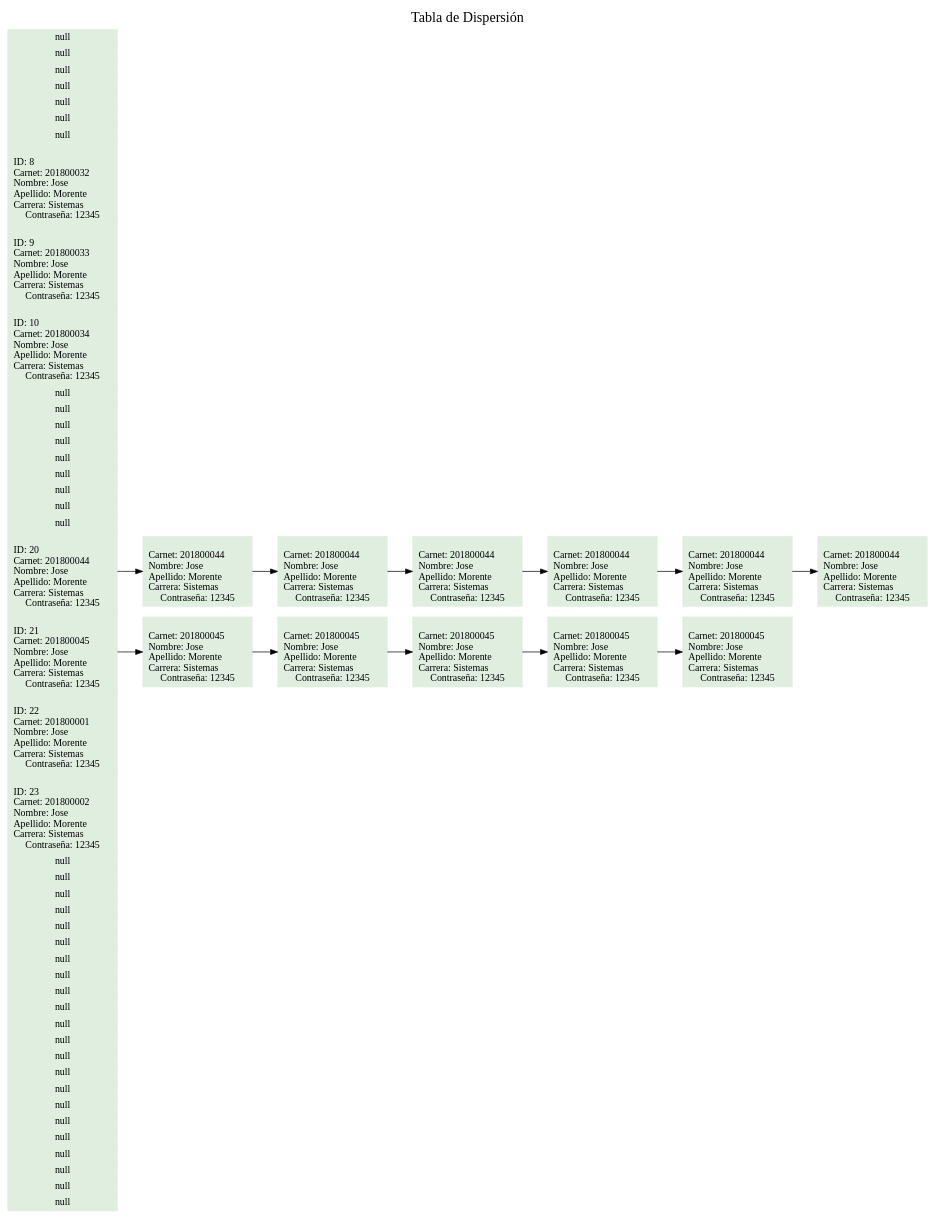
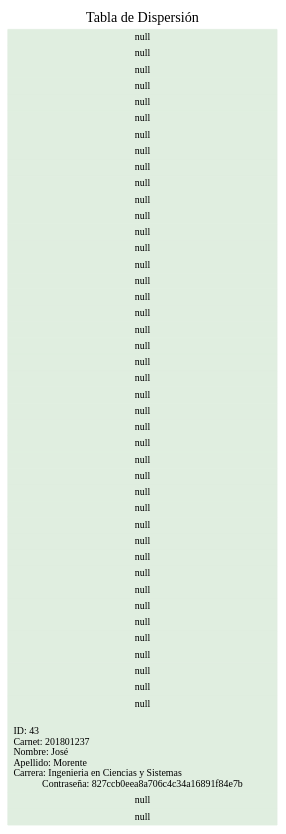
One commit to JoseMorente98/EDD-Proyecto-2 changed the diagram in Proyecto No 2/TablaDeDispersion.dot. Above: the diagram before and after it, drawn with Graphviz. The commit also changed 27 other files, not shown here.

```diff
--- a/Proyecto No 2/TablaDeDispersion.dot
+++ b/Proyecto No 2/TablaDeDispersion.dot
@@ -1,31 +1,9 @@
 digraph TablaHash {
 	rankdir = LR; 
 	node[shape = record, fontcolor = black, style = filled, color = honeydew2];
 	graph[label = "Tabla de Dispersión", labelloc = t, fontsize = 20];
 	nodesep=0; 
 	splines=false; 
-	nodoHash [label="<f0> null |<f1> null |<f2> null |<f3> null |<f4> null |<f5> null |<f6> null |<f7>\lID: 8\lCarnet: 201800032\lNombre: Jose\lApellido: Morente\lCarrera: Sistemas\lContraseña: 12345|<f8>\lID: 9\lCarnet: 201800033\lNombre: Jose\lApellido: Morente\lCarrera: Sistemas\lContraseña: 12345|<f9>\lID: 10\lCarnet: 201800034\lNombre: Jose\lApellido: Morente\lCarrera: Sistemas\lContraseña: 12345|<f10> null |<f11> null |<f12> null |<f13> null |<f14> null |<f15> null |<f16> null |<f17> null |<f18> null |<f19>\lID: 20\lCarnet: 201800044\lNombre: Jose\lApellido: Morente\lCarrera: Sistemas\lContraseña: 12345|<f20>\lID: 21\lCarnet: 201800045\lNombre: Jose\lApellido: Morente\lCarrera: Sistemas\lContraseña: 12345|<f21>\lID: 22\lCarnet: 201800001\lNombre: Jose\lApellido: Morente\lCarrera: Sistemas\lContraseña: 12345|<f22>\lID: 23\lCarnet: 201800002\lNombre: Jose\lApellido: Morente\lCarrera: Sistemas\lContraseña: 12345|<f23> null |<f24> null |<f25> null |<f26> null |<f27> null |<f28> null |<f29> null |<f30> null |<f31> null |<f32> null |<f33> null |<f34> null |<f35> null |<f36> null |<f37> null |<f38> null |<f39> null |<f40> null |<f41> null |<f42> null |<f43> null |<f44> null"];
-	nodo_19_1 [label="\lCarnet: 201800044\lNombre: Jose\lApellido: Morente\lCarrera: Sistemas\lContraseña: 12345"];
-	nodoHash:f19 -> nodo_19_1;
-		nodo_19_2 [label="\lCarnet: 201800044\lNombre: Jose\lApellido: Morente\lCarrera: Sistemas\lContraseña: 12345"];
-	nodo_19_1:alpha -> nodo_19_2;
-		nodo_19_3 [label="\lCarnet: 201800044\lNombre: Jose\lApellido: Morente\lCarrera: Sistemas\lContraseña: 12345"];
-	nodo_19_2:alpha -> nodo_19_3;
-		nodo_19_4 [label="\lCarnet: 201800044\lNombre: Jose\lApellido: Morente\lCarrera: Sistemas\lContraseña: 12345"];
-	nodo_19_3:alpha -> nodo_19_4;
-		nodo_19_5 [label="\lCarnet: 201800044\lNombre: Jose\lApellido: Morente\lCarrera: Sistemas\lContraseña: 12345"];
-	nodo_19_4:alpha -> nodo_19_5;
-		nodo_19_6 [label="\lCarnet: 201800044\lNombre: Jose\lApellido: Morente\lCarrera: Sistemas\lContraseña: 12345"];
-	nodo_19_5:alpha -> nodo_19_6;
-	nodo_20_1 [label="\lCarnet: 201800045\lNombre: Jose\lApellido: Morente\lCarrera: Sistemas\lContraseña: 12345"];
-	nodoHash:f20 -> nodo_20_1;
-		nodo_20_2 [label="\lCarnet: 201800045\lNombre: Jose\lApellido: Morente\lCarrera: Sistemas\lContraseña: 12345"];
-	nodo_20_1:alpha -> nodo_20_2;
-		nodo_20_3 [label="\lCarnet: 201800045\lNombre: Jose\lApellido: Morente\lCarrera: Sistemas\lContraseña: 12345"];
-	nodo_20_2:alpha -> nodo_20_3;
-		nodo_20_4 [label="\lCarnet: 201800045\lNombre: Jose\lApellido: Morente\lCarrera: Sistemas\lContraseña: 12345"];
-	nodo_20_3:alpha -> nodo_20_4;
-		nodo_20_5 [label="\lCarnet: 201800045\lNombre: Jose\lApellido: Morente\lCarrera: Sistemas\lContraseña: 12345"];
-	nodo_20_4:alpha -> nodo_20_5;
+	nodoHash [label="<f0> null |<f1> null |<f2> null |<f3> null |<f4> null |<f5> null |<f6> null |<f7> null |<f8> null |<f9> null |<f10> null |<f11> null |<f12> null |<f13> null |<f14> null |<f15> null |<f16> null |<f17> null |<f18> null |<f19> null |<f20> null |<f21> null |<f22> null |<f23> null |<f24> null |<f25> null |<f26> null |<f27> null |<f28> null |<f29> null |<f30> null |<f31> null |<f32> null |<f33> null |<f34> null |<f35> null |<f36> null |<f37> null |<f38> null |<f39> null |<f40> null |<f41> null |<f42>\lID: 43\lCarnet: 201801237\lNombre: José\lApellido: Morente\lCarrera: Ingenieria en Ciencias y Sistemas\lContraseña: 827ccb0eea8a706c4c34a16891f84e7b|<f43> null |<f44> null"];
 
 }
```
